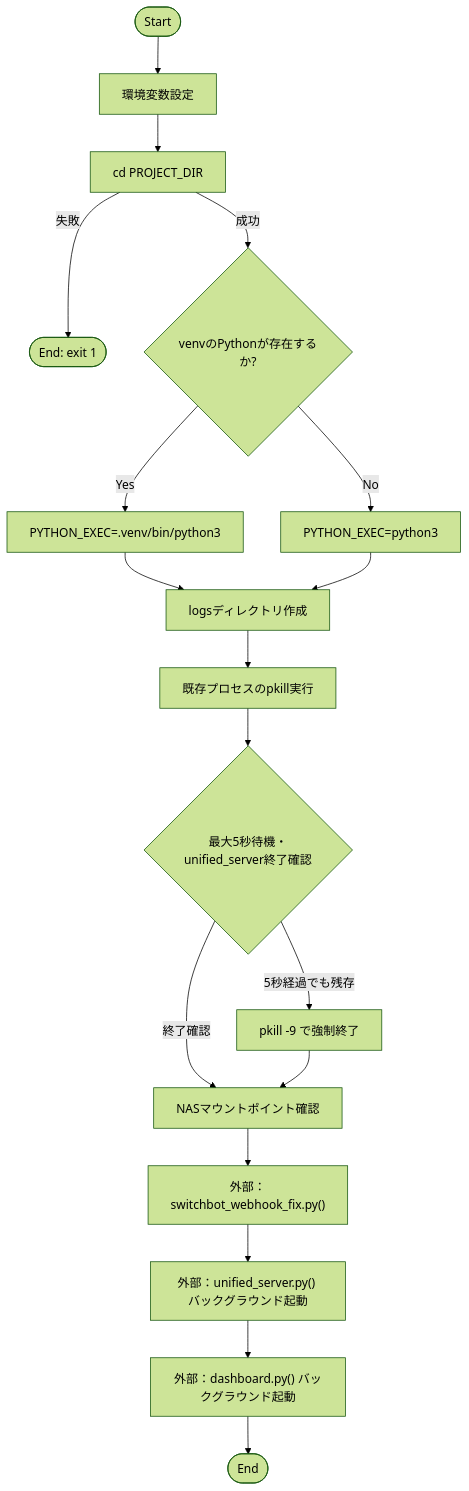
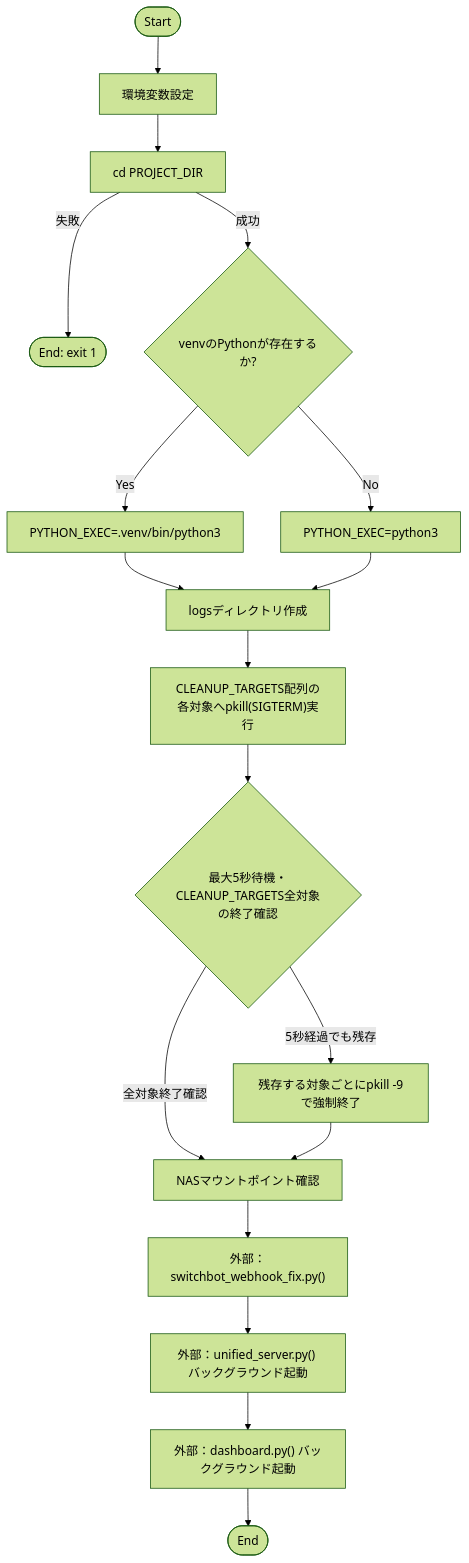
The first of 2 diagrams in docs/specifications/MY_HOME_SYSTEM/start_all.md (mmtigers/my_python_project), drawn with Mermaid (forest theme) before and after one commit. The commit also changed other lines of this file and 16 other files, not shown here.

````diff
--- a/docs/specifications/MY_HOME_SYSTEM/start_all.md
+++ b/docs/specifications/MY_HOME_SYSTEM/start_all.md
@@ -140,21 +140,21 @@
 ```mermaid
 flowchart TD
     Start([Start]) --> Env[環境変数設定]
     Env --> CD[cd PROJECT_DIR]
     CD -- 失敗 --> Exit1([End: exit 1])
     CD -- 成功 --> PyCheck{venvのPythonが存在するか?}
     PyCheck -- Yes --> SetVenv["PYTHON_EXEC=.venv/bin/python3"]
     PyCheck -- No --> SetSysPy["PYTHON_EXEC=python3"]
     SetVenv --> MkdirLogs[logsディレクトリ作成]
     SetSysPy --> MkdirLogs
-    MkdirLogs --> PkillSoft[既存プロセスのpkill実行]
-    PkillSoft --> WaitLoop{最大5秒待機・unified_server終了確認}
-    WaitLoop -- "終了確認" --> CheckNAS
-    WaitLoop -- "5秒経過でも残存" --> PkillHard[pkill -9 で強制終了]
+    MkdirLogs --> PkillSoft["CLEANUP_TARGETS配列の各対象へpkill(SIGTERM)実行"]
+    PkillSoft --> WaitLoop{最大5秒待機・CLEANUP_TARGETS全対象の終了確認}
+    WaitLoop -- "全対象終了確認" --> CheckNAS
+    WaitLoop -- "5秒経過でも残存" --> PkillHard["残存する対象ごとにpkill -9で強制終了"]
     PkillHard --> CheckNAS[NASマウントポイント確認]
     CheckNAS --> WebhookFix["外部：switchbot_webhook_fix.py()"]
     WebhookFix --> ServerBoot["外部：unified_server.py() バックグラウンド起動"]
     ServerBoot --> DashboardBoot["外部：dashboard.py() バックグラウンド起動"]
     DashboardBoot --> End([End])
 
 ```
````
